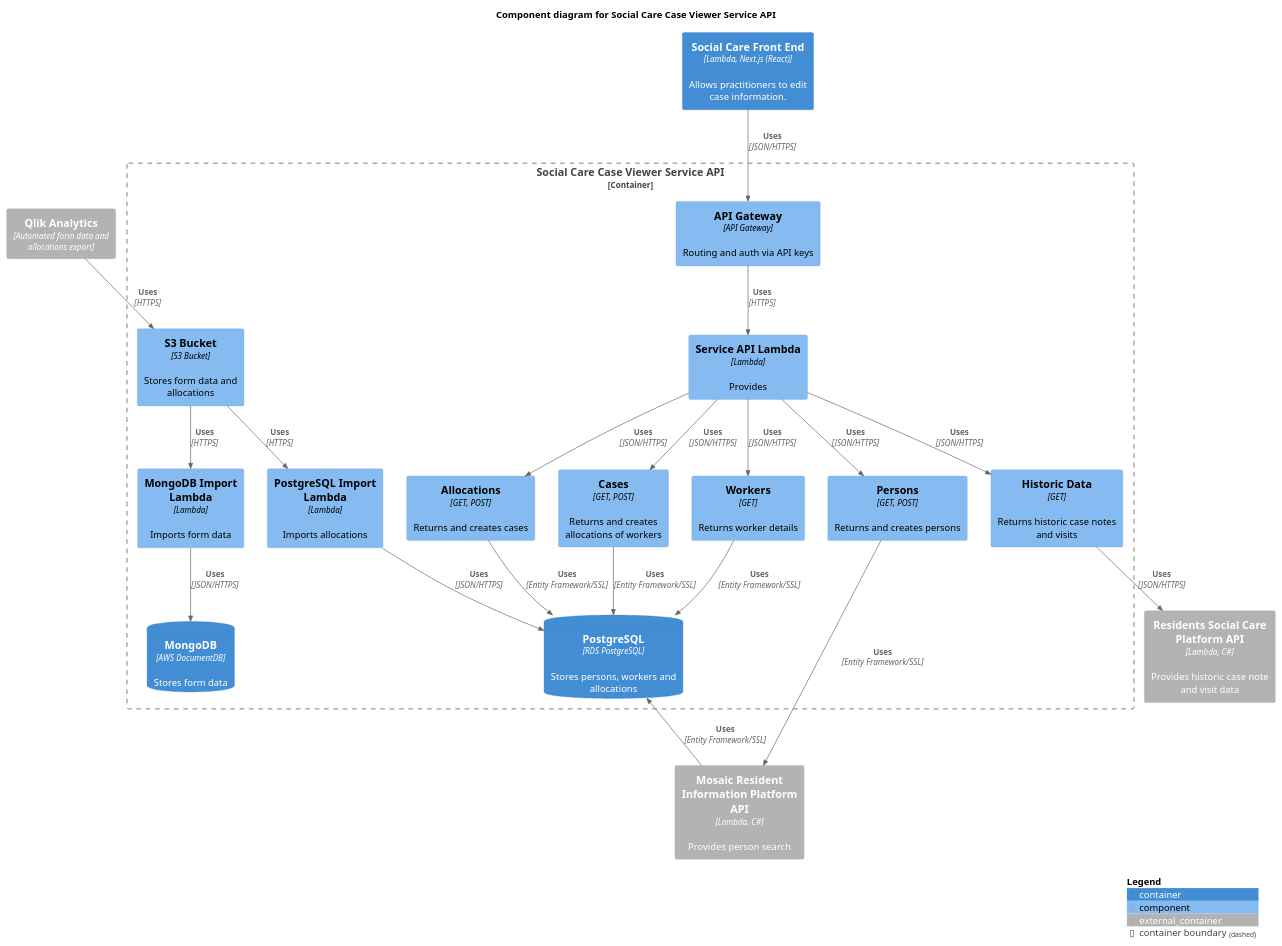
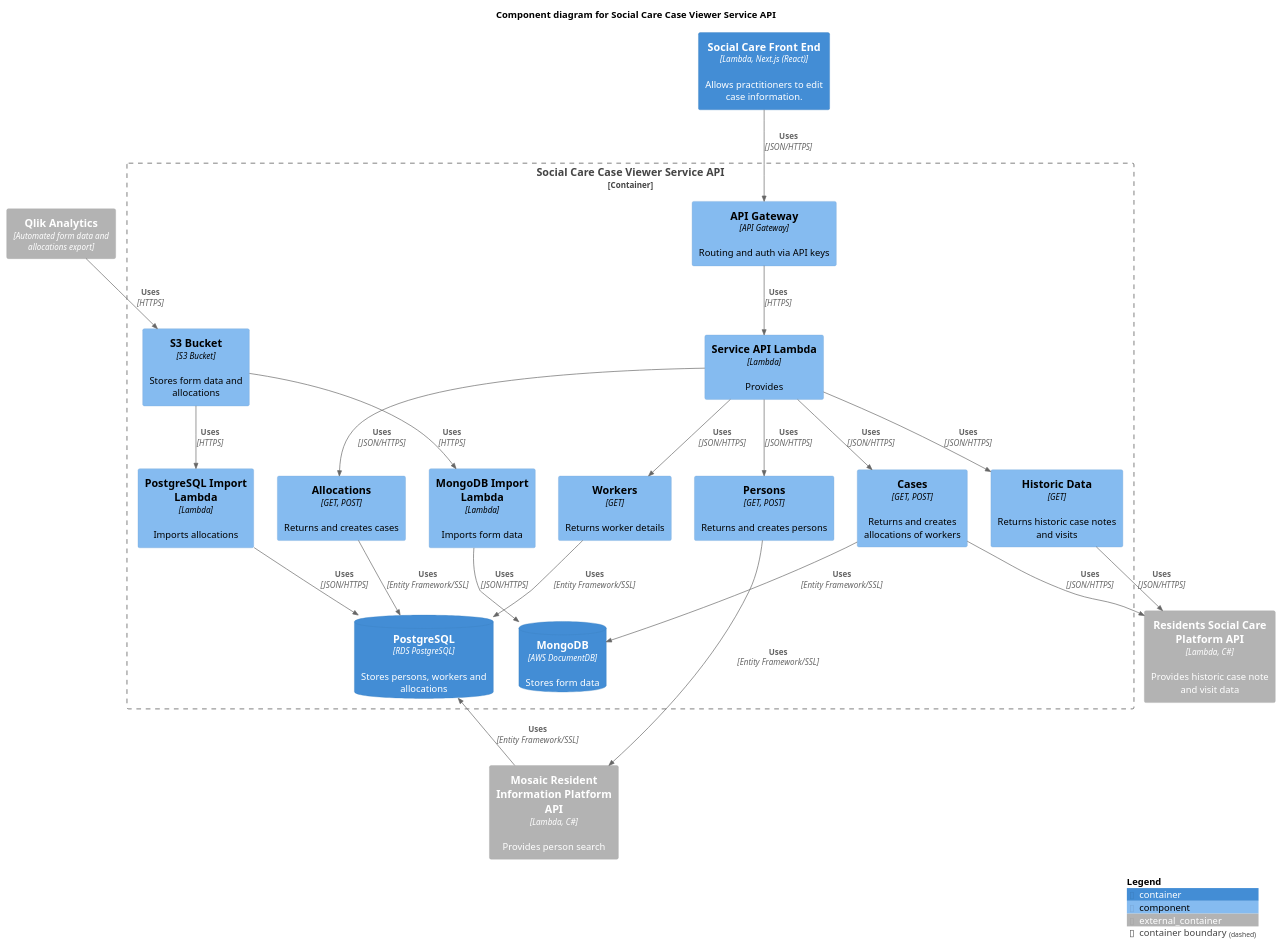
Before and after one commit to LBHackney-IT/social-care-case-viewer-api: the diagram in docs/component-diagram.iuml, drawn with PlantUML. The commit also changed 1 other file, not shown here.

Commit message:
Update relationships cases uses mongodb

```diff
--- a/docs/component-diagram.iuml
+++ b/docs/component-diagram.iuml
@@ -1,62 +1,63 @@
 @startuml
 !include https://raw.githubusercontent.com/plantuml-stdlib/C4-PlantUML/master/C4_Component.puml
 ' uncomment the following line and comment the first to use locally
 ' !include C4_Component.puml
 
 ' Colours don't work for some reason
 ' !include https://raw.githubusercontent.com/LBHackney-IT/cv-19-res-support-v3/development/docs/diagrams/c4_shared.puml
 
 'LAYOUT_AS_SKETCH()
 
 title Component diagram for Social Care Case Viewer Service API
 
 Container_Ext(qlik, "Qlik Analytics", "Automated form data and allocations export")
 Container(social_care_front_end, "Social Care Front End", "Lambda, Next.js (React)", "Allows practitioners to edit case information.")
 Container_Ext(resident_social_care_platform_api, "Residents Social Care Platform API",  "Lambda, C#", "Provides historic case note and visit data")
 Container_Ext(mosaic_platform_api, "Mosaic Resident Information Platform API", "Lambda, C#", "Provides person search")
 
 Container_Boundary(api, "Social Care Case Viewer Service API") {
     Component(api_gateway, "API Gateway", "API Gateway", "Routing and auth via API keys")
     Component(api_lambda, "Service API Lambda", "Lambda", "Provides ")
     Component(mongodb_import_lambda, "MongoDB Import Lambda", "Lambda", "Imports form data")
     Component(postgres_import_lambda, "PostgreSQL Import Lambda", "Lambda", "Imports allocations")
     Component(s3_bucket, "S3 Bucket", "S3 Bucket", "Stores form data and allocations")
 
     Component(persons, "Persons", "GET, POST", "Returns and creates persons")
     Component(workers, "Workers", "GET", "Returns worker details")
     Component(allocations, "Allocations", "GET, POST", "Returns and creates cases")
     Component(cases, "Cases", "GET, POST", "Returns and creates allocations of workers")
     Component(historic_data, "Historic Data", "GET", "Returns historic case notes and visits")
 
     ContainerDb(postgres, "PostgreSQL", "RDS PostgreSQL", "Stores persons, workers and allocations")
     ContainerDb(mongodb, "MongoDB", "AWS DocumentDB", "Stores form data")
 
     Rel(api_gateway, api_lambda, "Uses", "HTTPS")
     Rel(qlik, s3_bucket, "Uses", "HTTPS")
 
     Rel(s3_bucket, mongodb_import_lambda, "Uses", "HTTPS")
     Rel(s3_bucket, postgres_import_lambda, "Uses", "HTTPS")
     Rel(mongodb_import_lambda, mongodb, "Uses", "JSON/HTTPS")
     Rel(postgres_import_lambda, postgres, "Uses", "JSON/HTTPS")
 
     Rel(social_care_front_end, api_gateway, "Uses", "JSON/HTTPS")
 
     Rel(api_lambda, persons, "Uses", "JSON/HTTPS")
     Rel(persons, mosaic_platform_api, "Uses", "Entity Framework/SSL")
     Rel_U(mosaic_platform_api, postgres, "Uses", "Entity Framework/SSL")
 
     Rel(api_lambda, workers, "Uses", "JSON/HTTPS")
     Rel(workers, postgres, "Uses", "Entity Framework/SSL")
 
     Rel(api_lambda, allocations, "Uses", "JSON/HTTPS")
     Rel(allocations, postgres, "Uses", "Entity Framework/SSL")
 
     Rel(api_lambda, cases, "Uses", "JSON/HTTPS")
-    Rel(cases, postgres, "Uses", "Entity Framework/SSL")
+    Rel(cases, mongodb, "Uses", "Entity Framework/SSL")
+    Rel(cases, resident_social_care_platform_api, "Uses", "JSON/HTTPS")
 
     Rel(api_lambda, historic_data, "Uses", "JSON/HTTPS")
     Rel(historic_data, resident_social_care_platform_api, "Uses", "JSON/HTTPS")
 }
 
 SHOW_DYNAMIC_LEGEND()
 @enduml
```
